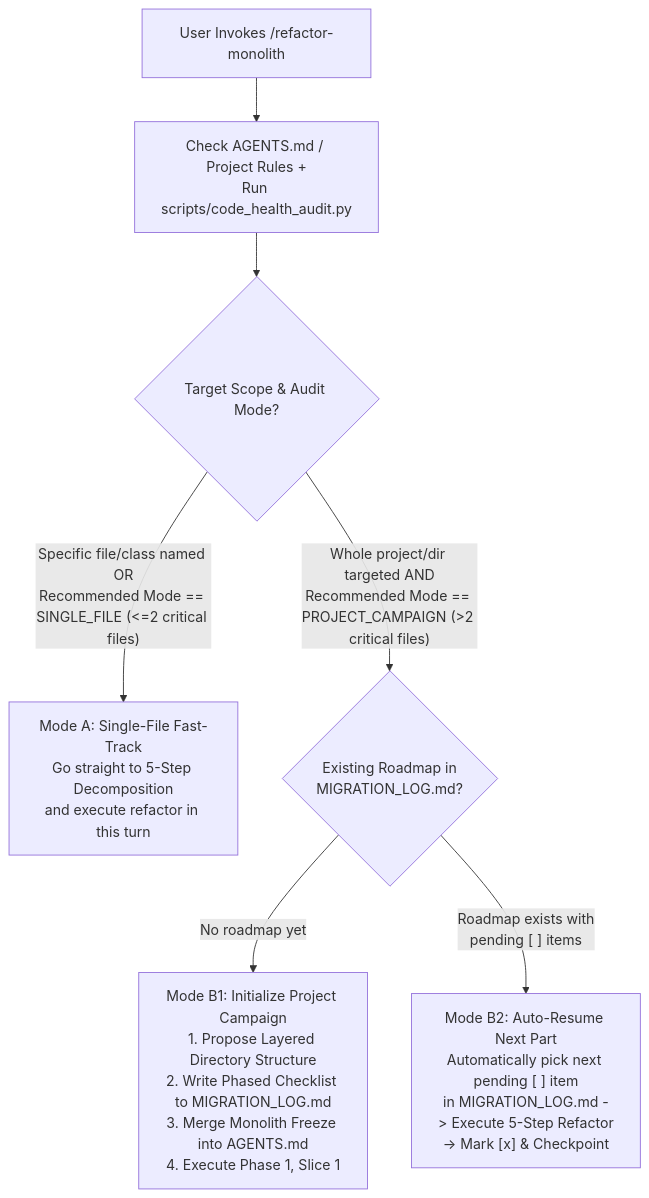
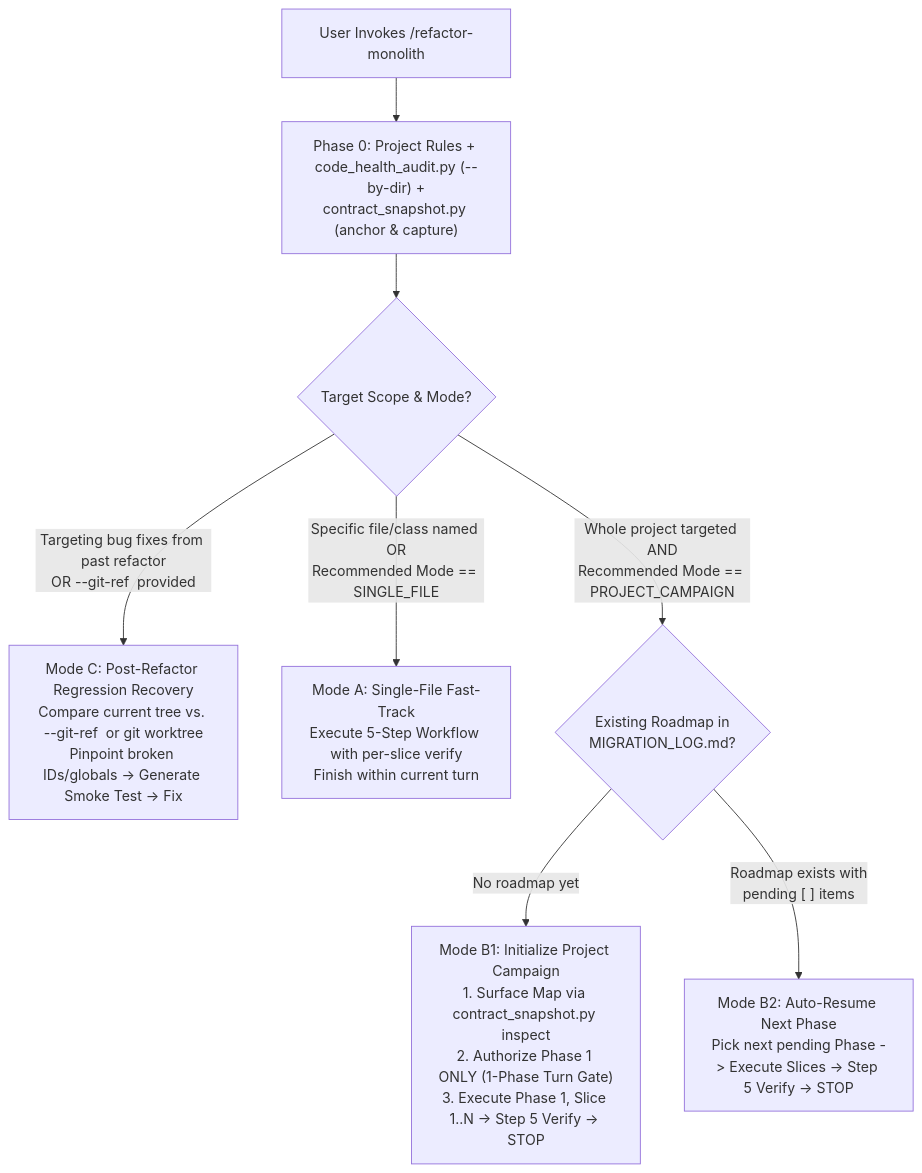
The diagram in refactor-monolith/SKILL.md (davtoh/antigravity-skills), drawn with Mermaid before and after one commit. The commit also changed other lines of this file and 6 other files, not shown here.

Commit message:
feat(refactor-monolith): scripts and edge cases learned in refactorings

````diff
--- a/refactor-monolith/SKILL.md
+++ b/refactor-monolith/SKILL.md
@@ -48,12 +46,14 @@
 ```mermaid
 flowchart TD
-    Start["User Invokes /refactor-monolith"] --> Rules["Check AGENTS.md / Project Rules +\nRun scripts/code_health_audit.py"]
-    Rules --> ScopeCheck{"Target Scope & Audit Mode?"}
+    Start["User Invokes /refactor-monolith"] --> Rules["Phase 0: Project Rules + code_health_audit.py (--by-dir) +\ncontract_snapshot.py (anchor & capture)"]
+    Rules --> ScopeCheck{"Target Scope & Mode?"}
 
-    ScopeCheck -->|"Specific file/class named OR\nRecommended Mode == SINGLE_FILE (<=2 critical files)"| ModeA["Mode A: Single-File Fast-Track\nGo straight to 5-Step Decomposition\nand execute refactor in this turn"]
+    ScopeCheck -->|"Targeting bug fixes from past refactor\nOR --git-ref <sha> provided"| ModeC["Mode C: Post-Refactor Regression Recovery\nCompare current tree vs. --git-ref <sha> or git worktree\nPinpoint broken IDs/globals -> Generate Smoke Test -> Fix"]
 
-    ScopeCheck -->|"Whole project/dir targeted AND\nRecommended Mode == PROJECT_CAMPAIGN (>2 critical files)"| LogCheck{"Existing Roadmap in\nMIGRATION_LOG.md?"}
+    ScopeCheck -->|"Specific file/class named OR\nRecommended Mode == SINGLE_FILE"| ModeA["Mode A: Single-File Fast-Track\nExecute 5-Step Workflow with per-slice verify\nFinish within current turn"]
 
-    LogCheck -->|"No roadmap yet"| InitCampaign["Mode B1: Initialize Project Campaign\n1. Propose Layered Directory Structure\n2. Write Phased Checklist to MIGRATION_LOG.md\n3. Merge Monolith Freeze into AGENTS.md\n4. Execute Phase 1, Slice 1"]
-    LogCheck -->|"Roadmap exists with\npending [ ] items"| ResumeCampaign["Mode B2: Auto-Resume Next Part\nAutomatically pick next pending [ ] item\nin MIGRATION_LOG.md -> Execute 5-Step Refactor\n-> Mark [x] & Checkpoint"]
+    ScopeCheck -->|"Whole project targeted AND\nRecommended Mode == PROJECT_CAMPAIGN"| LogCheck{"Existing Roadmap in\nMIGRATION_LOG.md?"}
+
+    LogCheck -->|"No roadmap yet"| InitCampaign["Mode B1: Initialize Project Campaign\n1. Surface Map via contract_snapshot.py inspect\n2. Authorize Phase 1 ONLY (1-Phase Turn Gate)\n3. Execute Phase 1, Slice 1..N -> Step 5 Verify -> STOP"]
+    LogCheck -->|"Roadmap exists with\npending [ ] items"| ResumeCampaign["Mode B2: Auto-Resume Next Phase\nPick next pending Phase -> Execute Slices -> Step 5 Verify -> STOP"]
 ```
````
